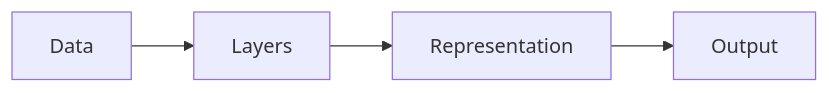
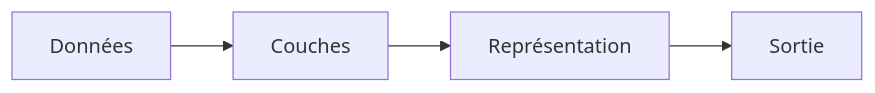
The diagram in i18n/fr/docusaurus-plugin-content-docs/current/fundamentals/deep-learning.md (EmersonBraun/ai-summary-hub), drawn with Mermaid before and after one commit. The commit also changed other lines of this file and 384 other files, not shown here.

````diff
--- a/i18n/fr/docusaurus-plugin-content-docs/current/fundamentals/deep-learning.md
+++ b/i18n/fr/docusaurus-plugin-content-docs/current/fundamentals/deep-learning.md
@@ -17,6 +17,6 @@
 ```mermaid
 flowchart LR
-  Data[Data] --> Layers[Layers]
-  Layers --> Representation[Representation]
-  Representation --> Output[Output]
+  Data[Données] --> Layers[Couches]
+  Layers --> Representation[Représentation]
+  Representation --> Output[Sortie]
 ```
````
